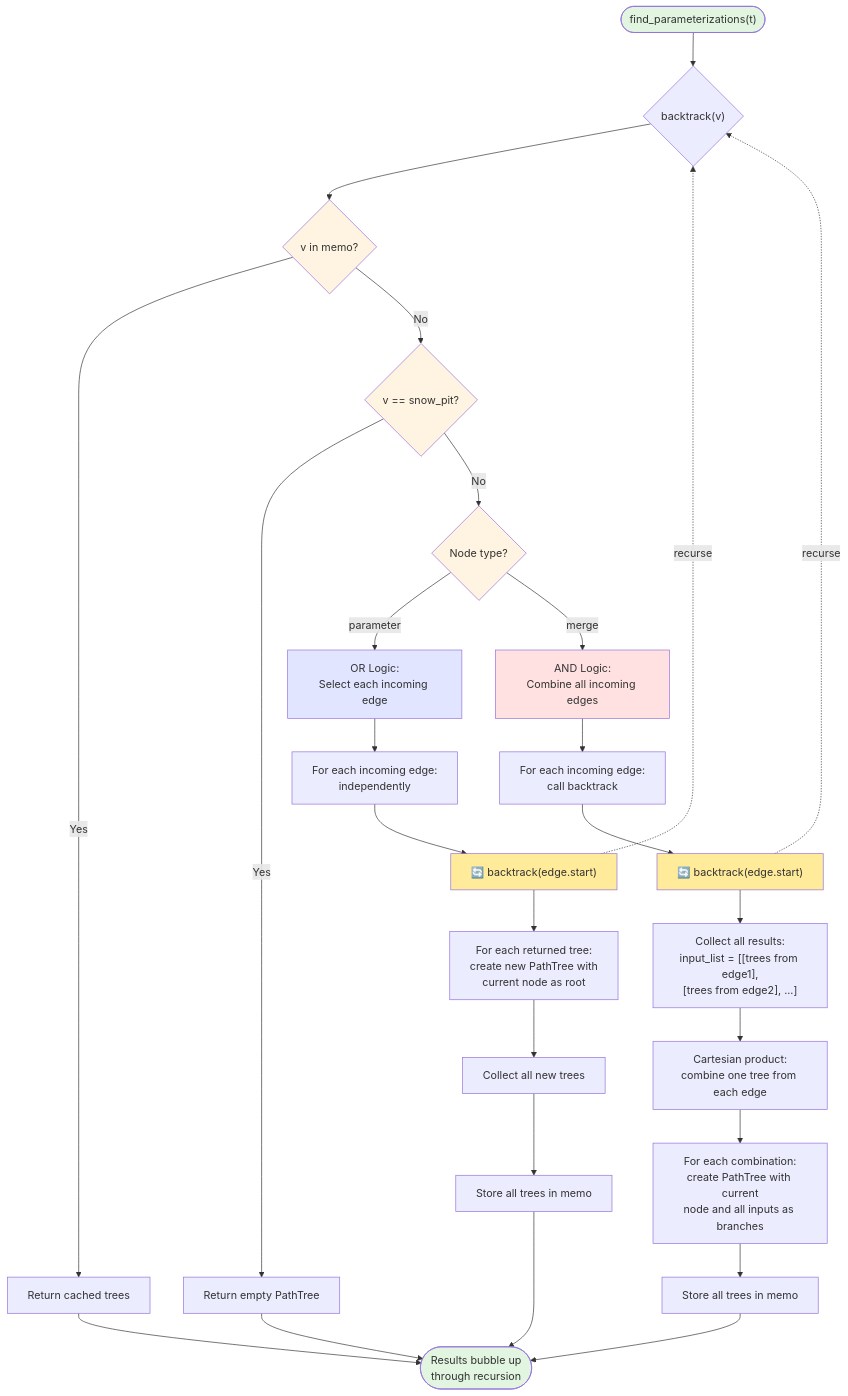
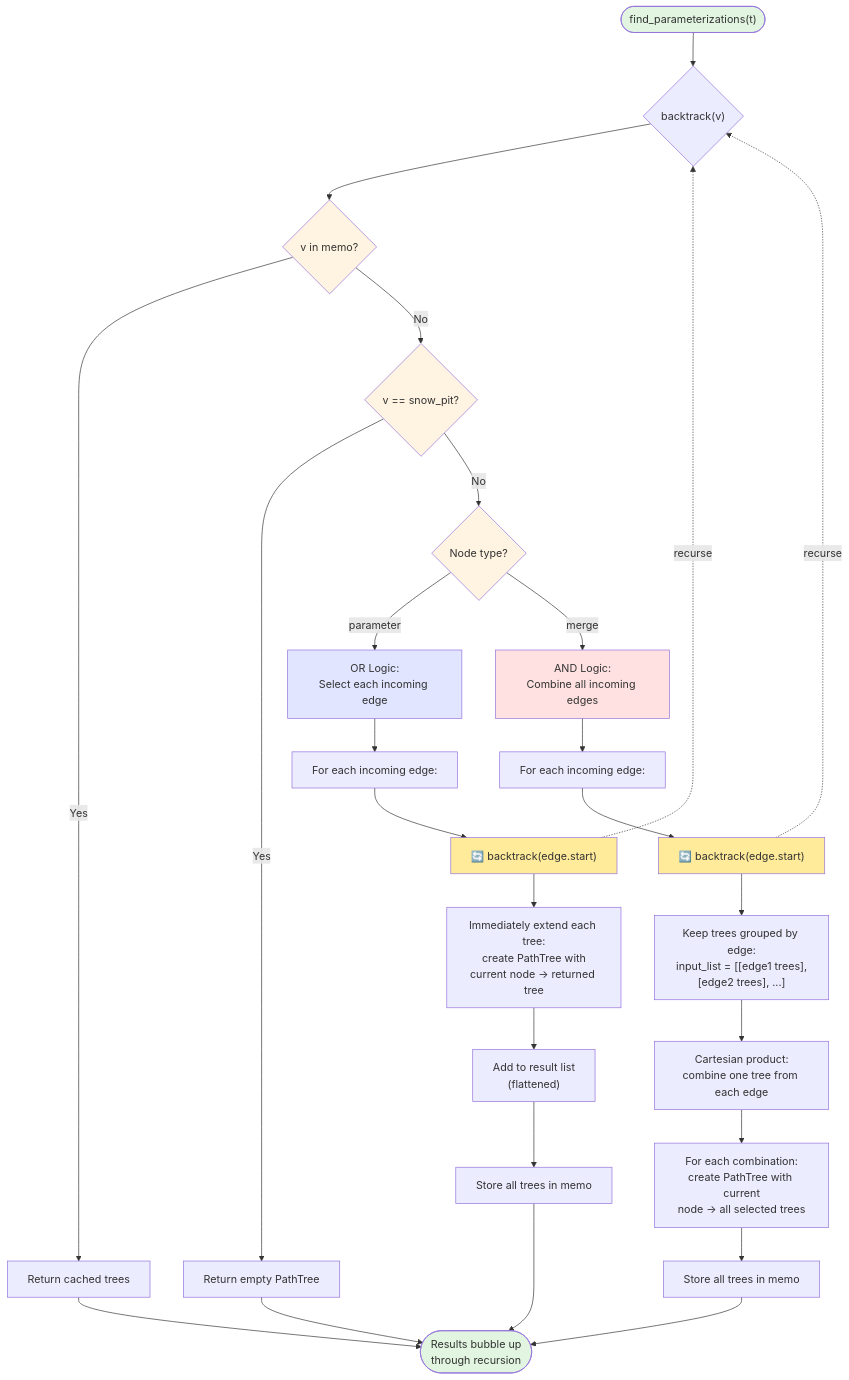
One commit to connellymk/SnowPyt-MechParams changed the diagram in algorithm/algorithm_flowchart.md. Above: the diagram before and after it, drawn with Mermaid.

````diff
--- a/algorithm/algorithm_flowchart.md
+++ b/algorithm/algorithm_flowchart.md
@@ -5,45 +5,45 @@
 ```mermaid
 flowchart TD
     Start(["find_parameterizations(t)"]) --> Backtrack{"backtrack(v)"}
     
     Backtrack --> CheckMemo{v in memo?}
     CheckMemo -->|Yes| Return[Return cached trees]
     CheckMemo -->|No| CheckBase{v == snow_pit?}
     
     CheckBase -->|Yes| BaseCase[Return empty PathTree]
     CheckBase -->|No| CheckType{Node type?}
     
     CheckType -->|parameter| ParamLogic["OR Logic:<br/>Select each incoming edge"]
     CheckType -->|merge| MergeLogic["AND Logic:<br/>Combine all incoming edges"]
     
-    ParamLogic --> ForEachEdge["For each incoming edge:<br/>independently"]
+    ParamLogic --> ForEachEdge["For each incoming edge:"]
     ForEachEdge --> RecurseParam["🔄 backtrack(edge.start)"]
     RecurseParam -.->|recurse| Backtrack
-    RecurseParam --> BuildParam["For each returned tree:<br/>create new PathTree with<br/>current node as root"]
-    BuildParam --> CollectParam["Collect all new trees"]
+    RecurseParam --> BuildParam["Immediately extend each tree:<br/>create PathTree with<br/>current node → returned tree"]
+    BuildParam --> CollectParam["Add to result list<br/>(flattened)"]
     CollectParam --> StoreParam[Store all trees in memo]
     
-    MergeLogic --> ForEachInput["For each incoming edge:<br/>call backtrack"]
+    MergeLogic --> ForEachInput["For each incoming edge:"]
     ForEachInput --> RecurseMerge["🔄 backtrack(edge.start)"]
     RecurseMerge -.->|recurse| Backtrack
-    RecurseMerge --> CollectInputs["Collect all results:<br/>input_list = [[trees from edge1],<br/>[trees from edge2], ...]"]
-    CollectInputs --> Cartesian["Cartesian product:<br/>combine one tree from each edge"]
-    Cartesian --> BuildMerge["For each combination:<br/>create PathTree with current<br/>node and all inputs as branches"]
+    RecurseMerge --> GroupInputs["Keep trees grouped by edge:<br/>input_list = [[edge1 trees],<br/>[edge2 trees], ...]"]
+    GroupInputs --> Cartesian["Cartesian product:<br/>combine one tree from each edge"]
+    Cartesian --> BuildMerge["For each combination:<br/>create PathTree with current<br/>node → all selected trees"]
     BuildMerge --> StoreMerge[Store all trees in memo]
     
     StoreParam --> End
     StoreMerge --> End
     BaseCase --> End
     Return --> End
     End([Results bubble up<br/>through recursion])
     
     style Start fill:#e1f5e1
     style End fill:#e1f5e1
     style CheckMemo fill:#fff4e1
     style CheckBase fill:#fff4e1
     style CheckType fill:#fff4e1
     style ParamLogic fill:#e1e5ff
     style MergeLogic fill:#ffe1e1
     style RecurseParam fill:#ffeb99
     style RecurseMerge fill:#ffeb99
 ```
````
